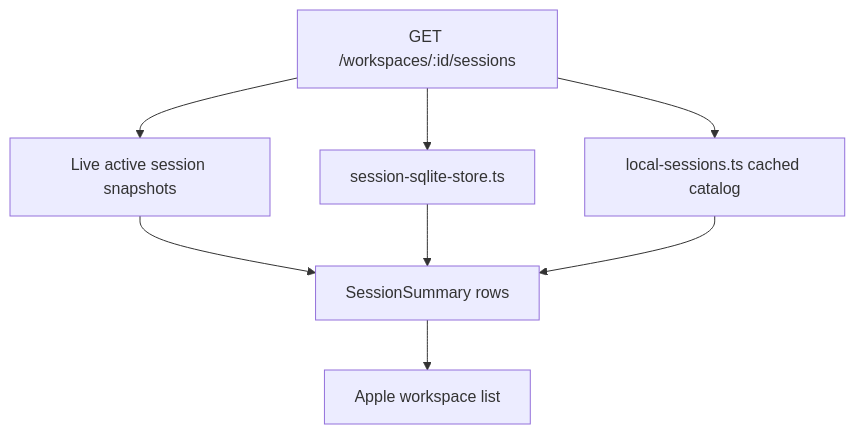
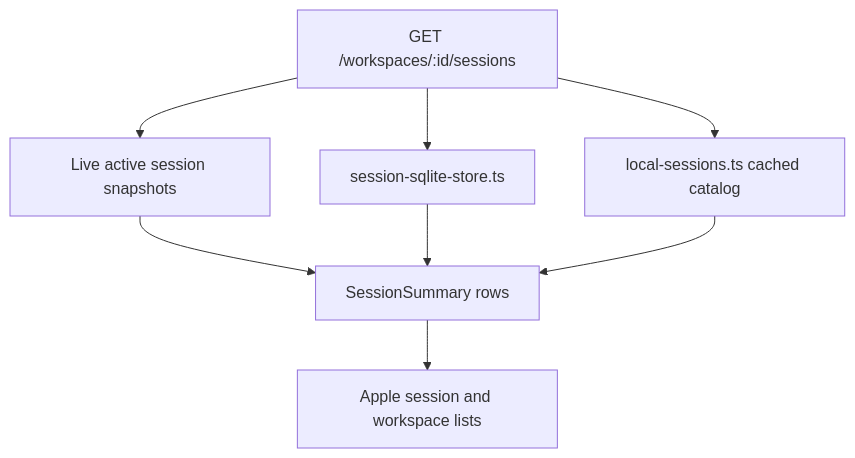
Before and after one commit to duh17/oppi: the second of 2 diagrams in docs/architecture-server.md, drawn with Mermaid. The commit also changed other lines of this file and 6 other files, not shown here.

````diff
--- a/docs/architecture-server.md
+++ b/docs/architecture-server.md
@@ -194,17 +194,17 @@
 ```mermaid
 graph TD
   Route[GET /workspaces/:id/sessions]
   Active[Live active session snapshots]
   Store[session-sqlite-store.ts]
   Local[local-sessions.ts cached catalog]
   Summary[SessionSummary rows]
-  Client[Apple workspace list]
+  Client[Apple session and workspace lists]
 
   Route --> Active
   Route --> Store
   Route --> Local
   Active --> Summary
   Store --> Summary
   Local --> Summary
   Summary --> Client
 ```
````
